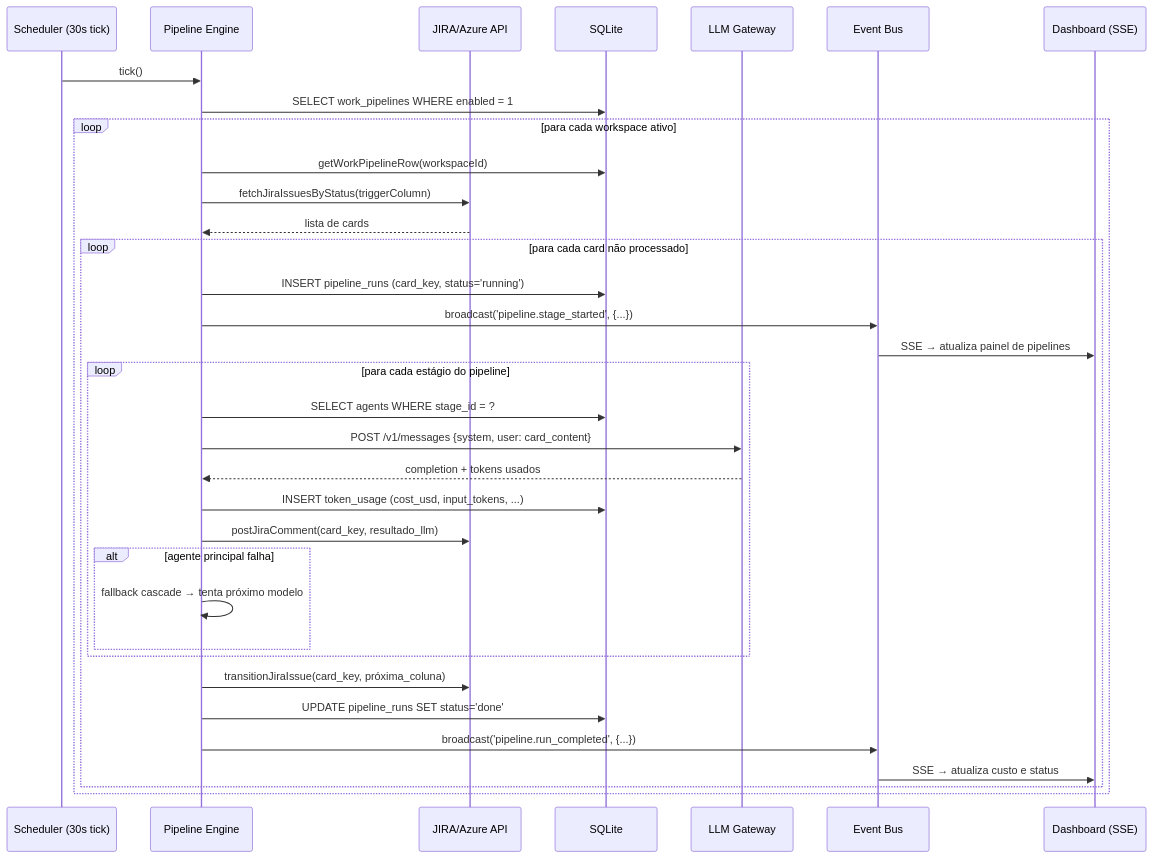
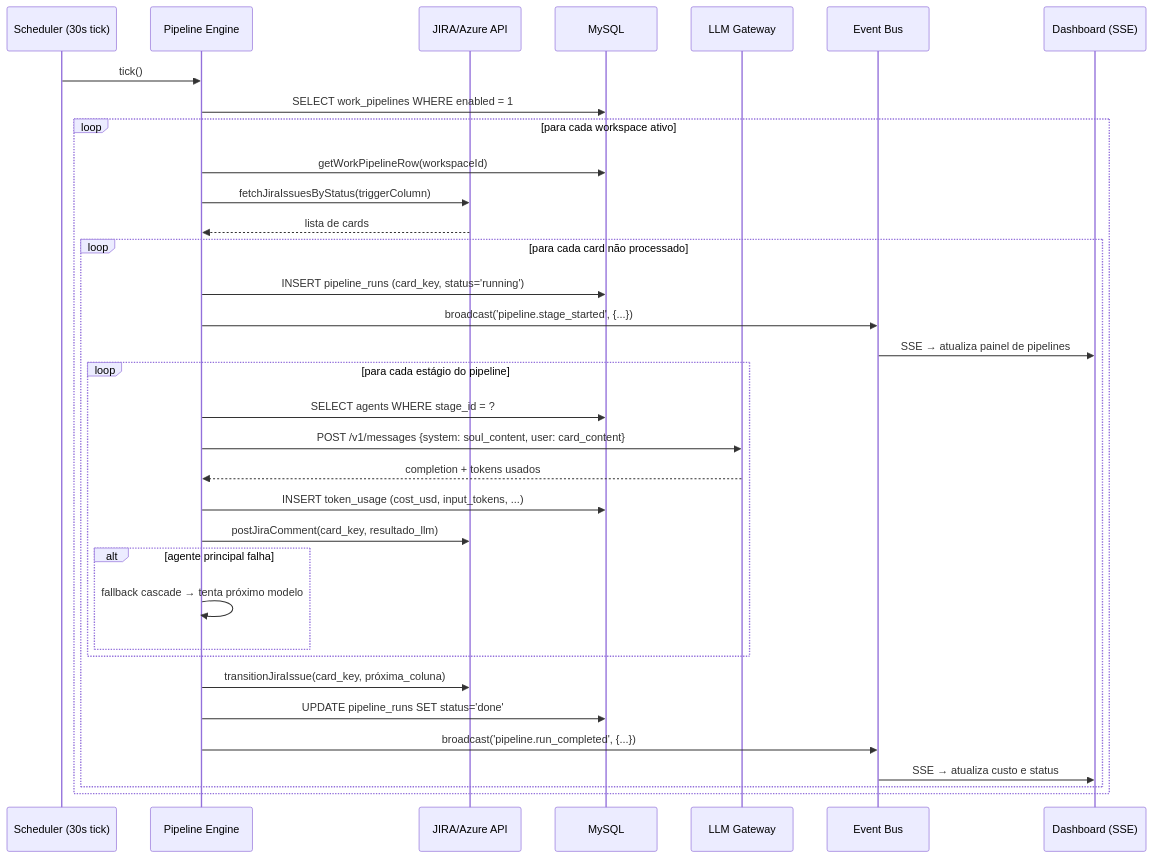
Before and after one commit to kamilaalves1/auraefi: the third of 8 diagrams in README.md, drawn with Mermaid. The commit also changed other lines of this file, not shown here.

Commit message:
docs: atualiza README para AURA com MySQL, modo econômico e skill viewer

````diff
--- a/README.md
+++ b/README.md
@@ -144,37 +146,37 @@
 ```mermaid
 sequenceDiagram
     participant SCH as Scheduler (30s tick)
     participant ENG as Pipeline Engine
     participant JP as JIRA/Azure API
-    participant DB as SQLite
+    participant DB as MySQL
     participant LLM as LLM Gateway
     participant EB as Event Bus
     participant UI as Dashboard (SSE)
 
     SCH->>ENG: tick()
     ENG->>DB: SELECT work_pipelines WHERE enabled = 1
     loop para cada workspace ativo
         ENG->>DB: getWorkPipelineRow(workspaceId)
         ENG->>JP: fetchJiraIssuesByStatus(triggerColumn)
         JP-->>ENG: lista de cards
         loop para cada card não processado
             ENG->>DB: INSERT pipeline_runs (card_key, status='running')
             ENG->>EB: broadcast('pipeline.stage_started', {...})
             EB->>UI: SSE → atualiza painel de pipelines
             loop para cada estágio do pipeline
                 ENG->>DB: SELECT agents WHERE stage_id = ?
-                ENG->>LLM: POST /v1/messages {system, user: card_content}
+                ENG->>LLM: POST /v1/messages {system: soul_content, user: card_content}
                 LLM-->>ENG: completion + tokens usados
                 ENG->>DB: INSERT token_usage (cost_usd, input_tokens, ...)
                 ENG->>JP: postJiraComment(card_key, resultado_llm)
                 alt agente principal falha
                     ENG->>ENG: fallback cascade → tenta próximo modelo
                 end
             end
             ENG->>JP: transitionJiraIssue(card_key, próxima_coluna)
             ENG->>DB: UPDATE pipeline_runs SET status='done'
             ENG->>EB: broadcast('pipeline.run_completed', {...})
             EB->>UI: SSE → atualiza custo e status
         end
     end
 ```
````
